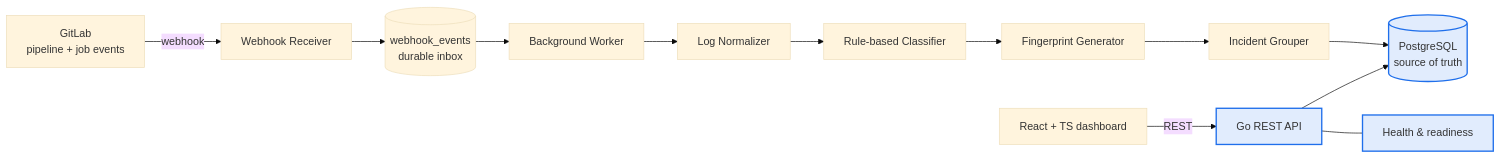
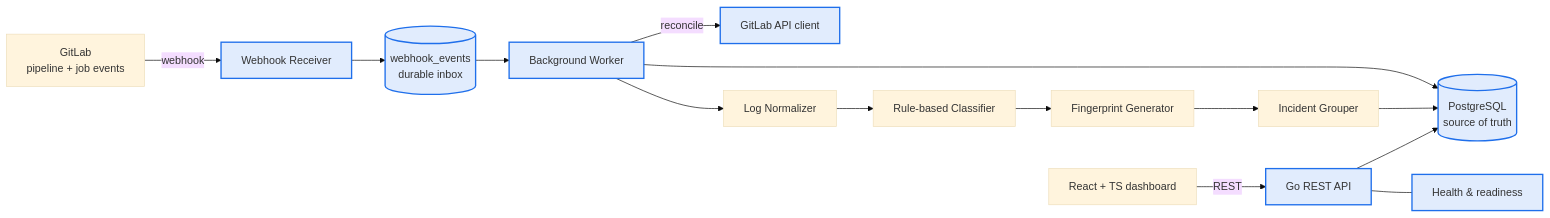
The diagram in README.md (Jeston10/PipelineSherlock), drawn with Mermaid (base theme) before and after one commit. The commit also changed other lines of this file and 23 other files, not shown here.

First line of the commit message:
feat: M1 slice 2 — inbox processing worker, GitLab client, pipeline upsert

````diff
--- a/README.md
+++ b/README.md
@@ -27,17 +28,19 @@
 ```mermaid
 flowchart LR
     GL[GitLab<br/>pipeline + job events] -->|webhook| WR[Webhook Receiver]
     WR --> INBOX[(webhook_events<br/>durable inbox)]
     INBOX --> WORKER[Background Worker]
+    WORKER -->|reconcile| GLAPI[GitLab API client]
     WORKER --> NORM[Log Normalizer]
     NORM --> CLS[Rule-based Classifier]
     CLS --> FP[Fingerprint Generator]
     FP --> GRP[Incident Grouper]
-    GRP --> PG[(PostgreSQL<br/>source of truth)]
+    WORKER --> PG[(PostgreSQL<br/>source of truth)]
+    GRP --> PG
     UI[React + TS dashboard] -->|REST| API[Go REST API]
     API --> PG
     API --- HEALTH[Health & readiness]
 
     classDef built fill:#1f6feb22,stroke:#1f6feb,stroke-width:2px;
-    class API,PG,HEALTH built;
+    class API,PG,HEALTH,WR,INBOX,WORKER,GLAPI built;
 ```
````
